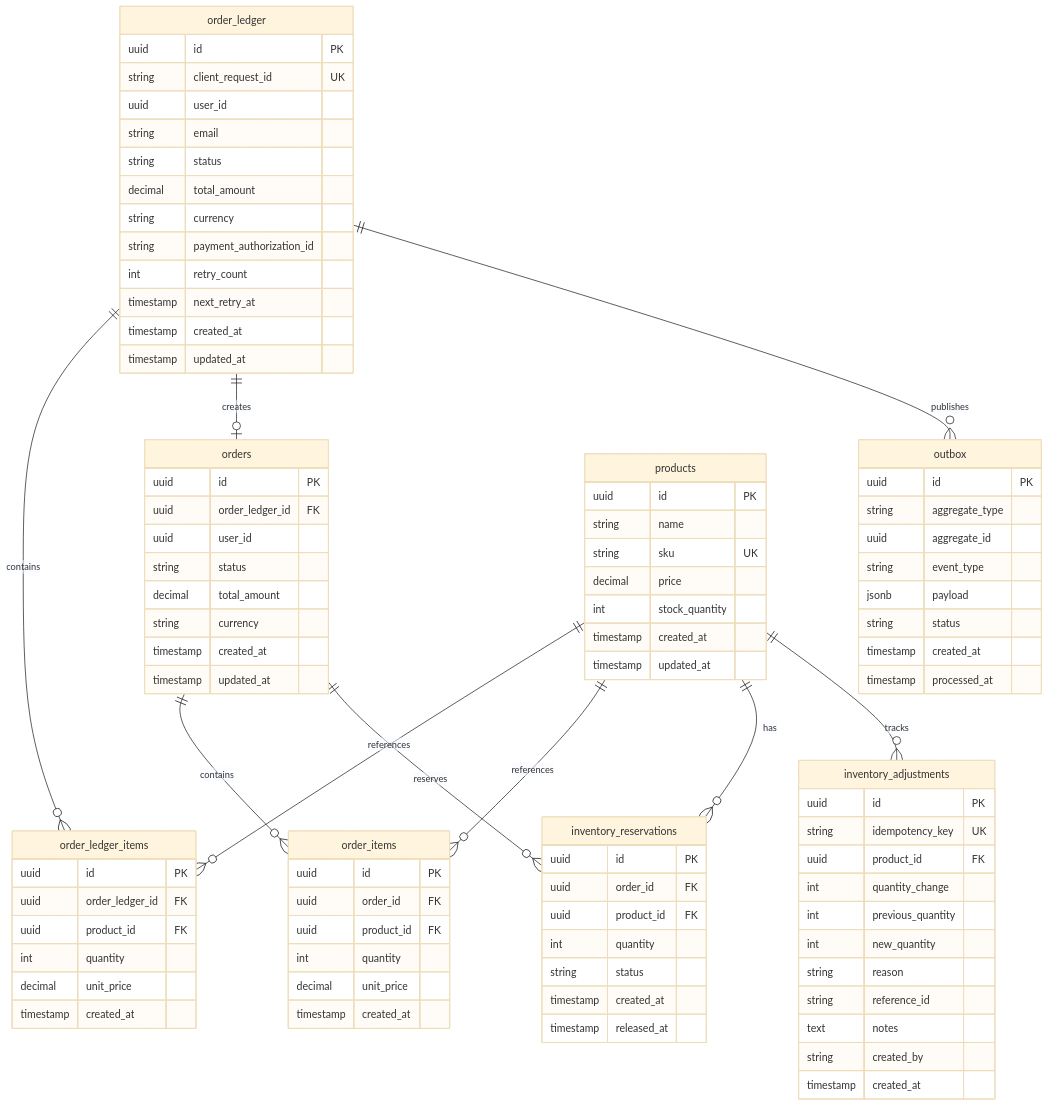
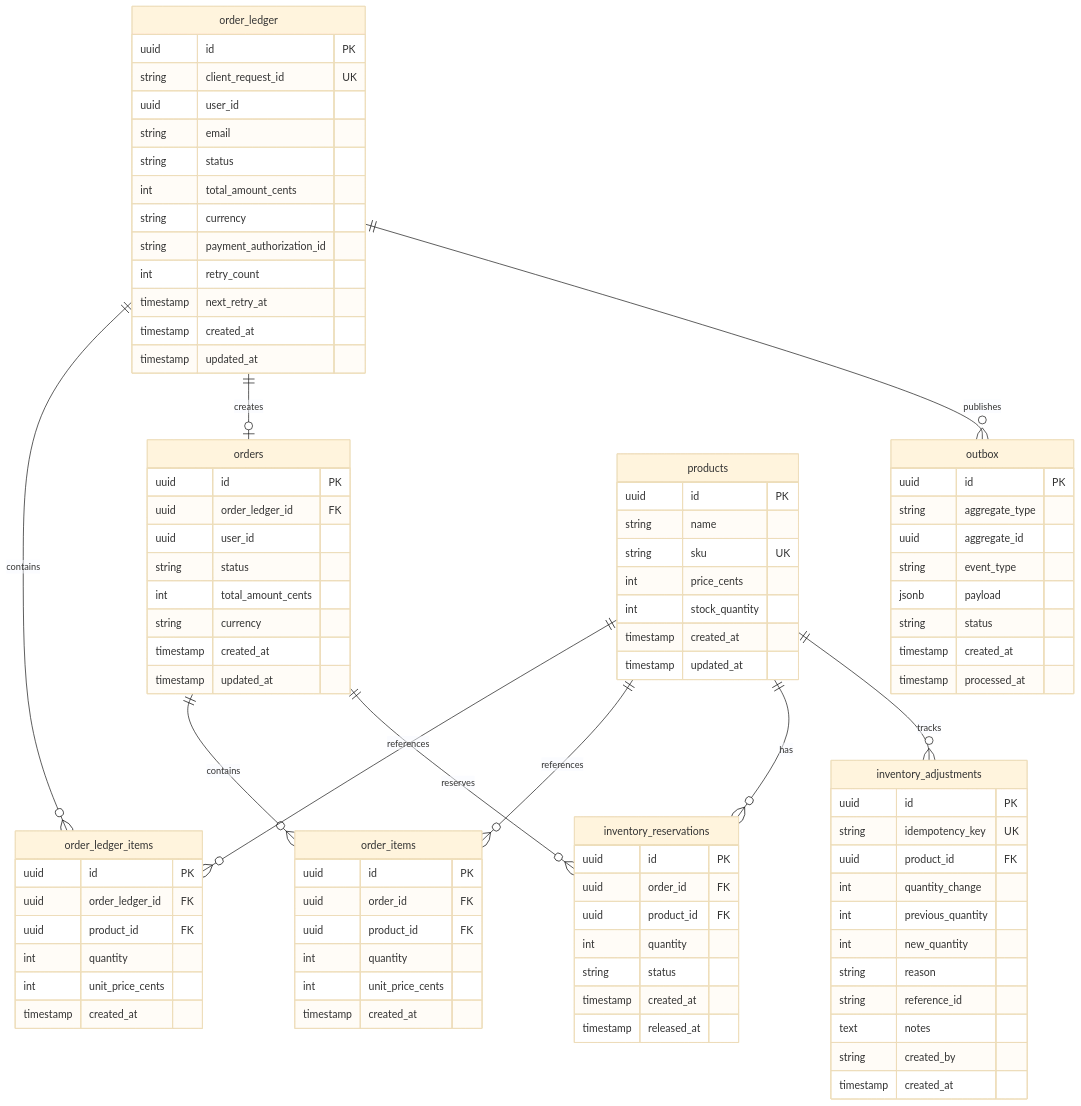
One commit to pearceseth/ecommerce-services-demo changed the second of 8 diagrams in engineering-design.md. Above: the diagram before and after it, drawn with Mermaid (base theme). The commit also changed other lines of this file and 4 other files, not shown here.

```diff
--- a/engineering-design.md
+++ b/engineering-design.md
@@ -150,7 +150,7 @@
         uuid user_id
         string email
         string status
-        decimal total_amount
+        int total_amount_cents
         string currency
         string payment_authorization_id
         int retry_count
@@ -164,7 +164,7 @@
         uuid order_ledger_id FK
         uuid product_id FK
         int quantity
-        decimal unit_price
+        int unit_price_cents
         timestamp created_at
     }
 
@@ -173,7 +173,7 @@
         uuid order_ledger_id FK
         uuid user_id
         string status
-        decimal total_amount
+        int total_amount_cents
         string currency
         timestamp created_at
         timestamp updated_at
@@ -184,7 +184,7 @@
         uuid order_id FK
         uuid product_id FK
         int quantity
-        decimal unit_price
+        int unit_price_cents
         timestamp created_at
     }
 
@@ -192,7 +192,7 @@
         uuid id PK
         string name
         string sku UK
-        decimal price
+        int price_cents
         int stock_quantity
         timestamp created_at
         timestamp updated_at
```
